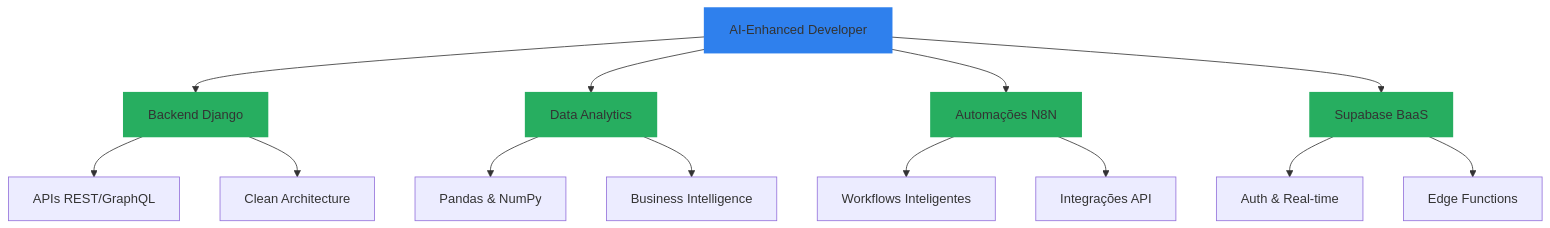
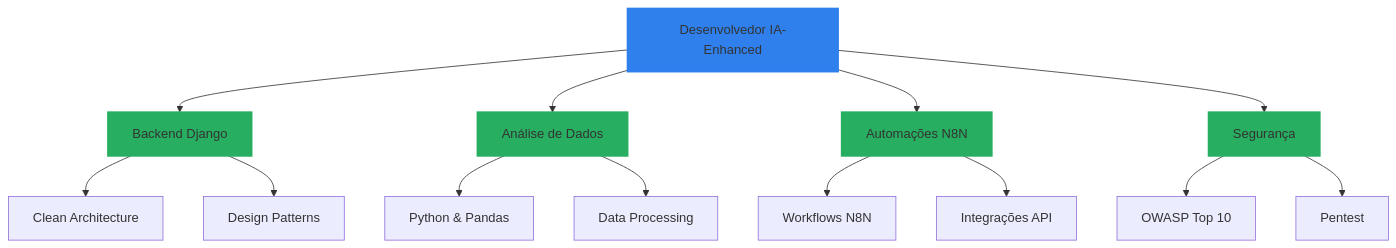
One commit to josejfs/josejfs changed the diagram in README.md. Above: the diagram before and after it, drawn with Mermaid. The commit also changed other lines of this file, not shown here.

````diff
--- a/README.md
+++ b/README.md
@@ -137,25 +136,25 @@
 ```mermaid
 graph TD
-    A[AI-Enhanced Developer] --> B[Backend Django]
-    A --> C[Data Analytics]
+    A[Desenvolvedor IA-Enhanced] --> B[Backend Django]
+    A --> C[Análise de Dados] 
     A --> D[Automações N8N]
-    A --> E[Supabase BaaS]
+    A --> E[Segurança]
     
-    B --> F[APIs REST/GraphQL]
-    B --> G[Clean Architecture]
+    B --> F[Clean Architecture]
+    B --> G[Design Patterns]
     
-    C --> H[Pandas & NumPy]
-    C --> I[Business Intelligence]
+    C --> H[Python & Pandas]
+    C --> I[Data Processing]
     
-    D --> J[Workflows Inteligentes]
+    D --> J[Workflows N8N]
     D --> K[Integrações API]
     
-    E --> L[Auth & Real-time]
-    E --> M[Edge Functions]
+    E --> L[OWASP Top 10]
+    E --> M[Pentest]
     
-    style A fill:#2f80ed,stroke:#2f80ed,stroke-width:3px
+    style A fill:#2f80ed,stroke:#2f80ed,stroke-width:2px
     style B fill:#27ae60,stroke:#27ae60,stroke-width:2px
     style C fill:#27ae60,stroke:#27ae60,stroke-width:2px
     style D fill:#27ae60,stroke:#27ae60,stroke-width:2px
     style E fill:#27ae60,stroke:#27ae60,stroke-width:2px
 ```
````
